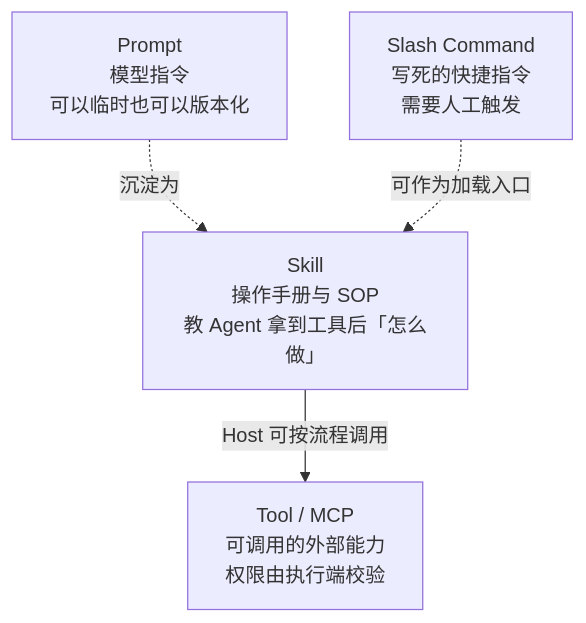
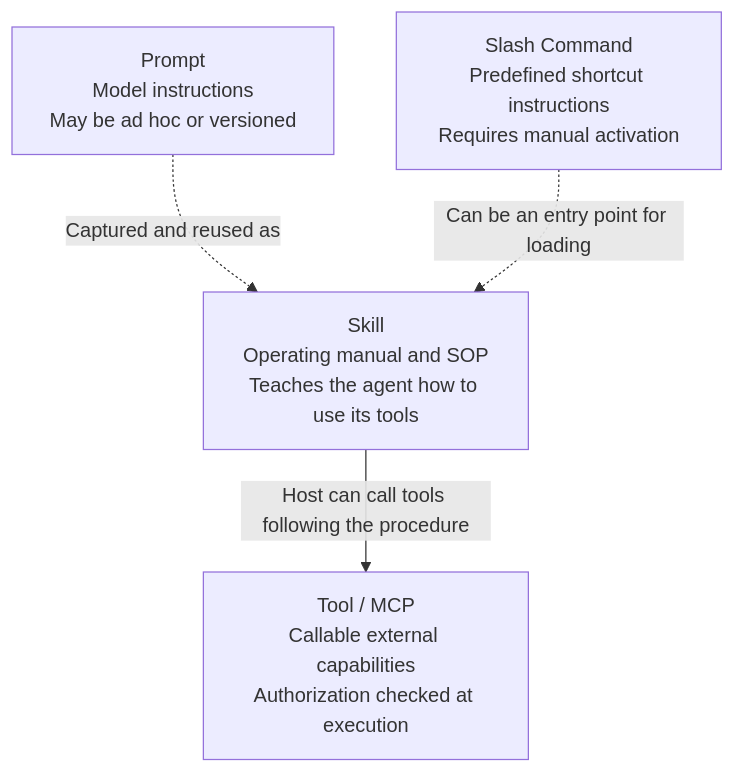
One commit to oneleaveknowsthefall/awesome-ai-roadmap changed the second of 2 diagrams in docs/tools/03-skills/08-what-is-skill.md. Above: the diagram before and after it, drawn with Mermaid. The commit also changed other lines of this file and 42 other files, not shown here.

````diff
--- a/docs/tools/03-skills/08-what-is-skill.md
+++ b/docs/tools/03-skills/08-what-is-skill.md
@@ -125,11 +130,11 @@
 ```mermaid
 flowchart TB
-    TOOL["Tool / MCP<br/>可调用的外部能力<br/>权限由执行端校验"]
-    SKILL["Skill<br/>操作手册与 SOP<br/>教 Agent 拿到工具后「怎么做」"]
-    PROMPT["Prompt<br/>模型指令<br/>可以临时也可以版本化"]
-    SLASH["Slash Command<br/>写死的快捷指令<br/>需要人工触发"]
+    TOOL["Tool / MCP<br/>Callable external capabilities<br/>Authorization checked at execution"]
+    SKILL["Skill<br/>Operating manual and SOP<br/>Teaches the agent how to use its tools"]
+    PROMPT["Prompt<br/>Model instructions<br/>May be ad hoc or versioned"]
+    SLASH["Slash Command<br/>Predefined shortcut instructions<br/>Requires manual activation"]
 
-    SKILL -->|Host 可按流程调用| TOOL
-    PROMPT -.沉淀为.-> SKILL
-    SLASH -.可作为加载入口.-> SKILL
+    SKILL -->|Host can call tools following the procedure| TOOL
+    PROMPT -.Captured and reused as.-> SKILL
+    SLASH -.Can be an entry point for loading.-> SKILL
 ```
````
